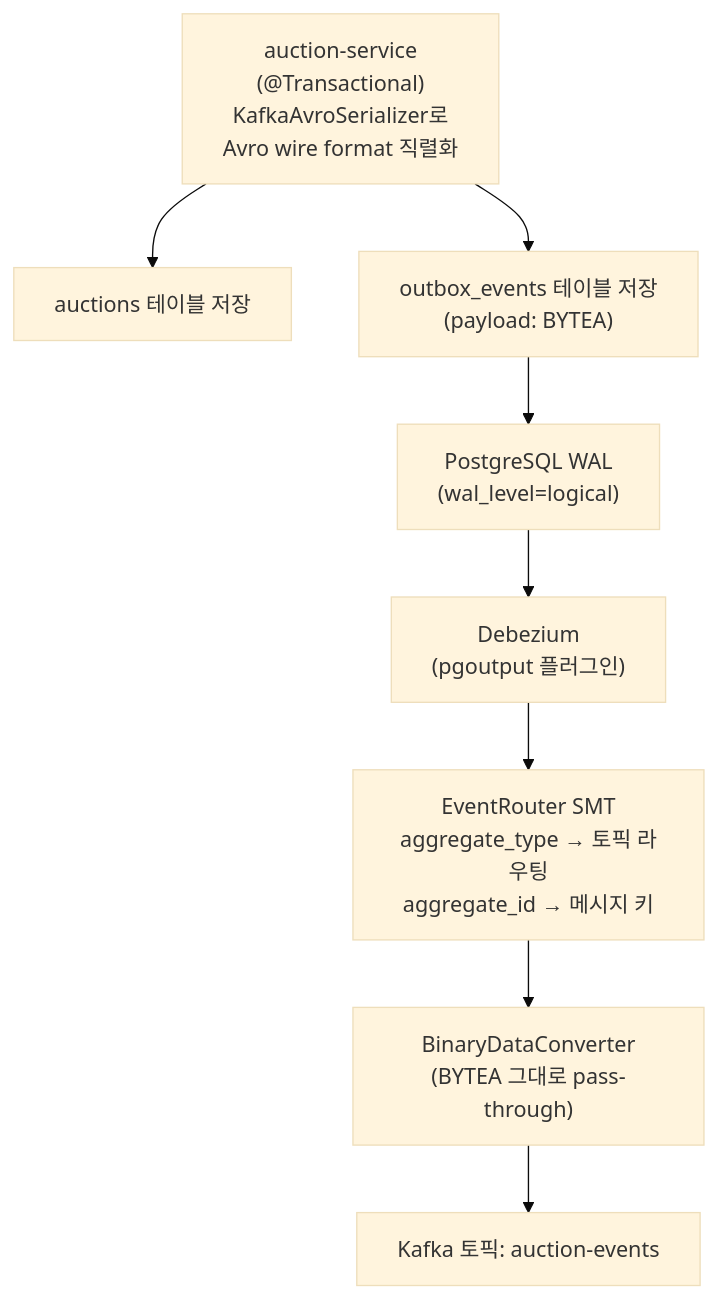
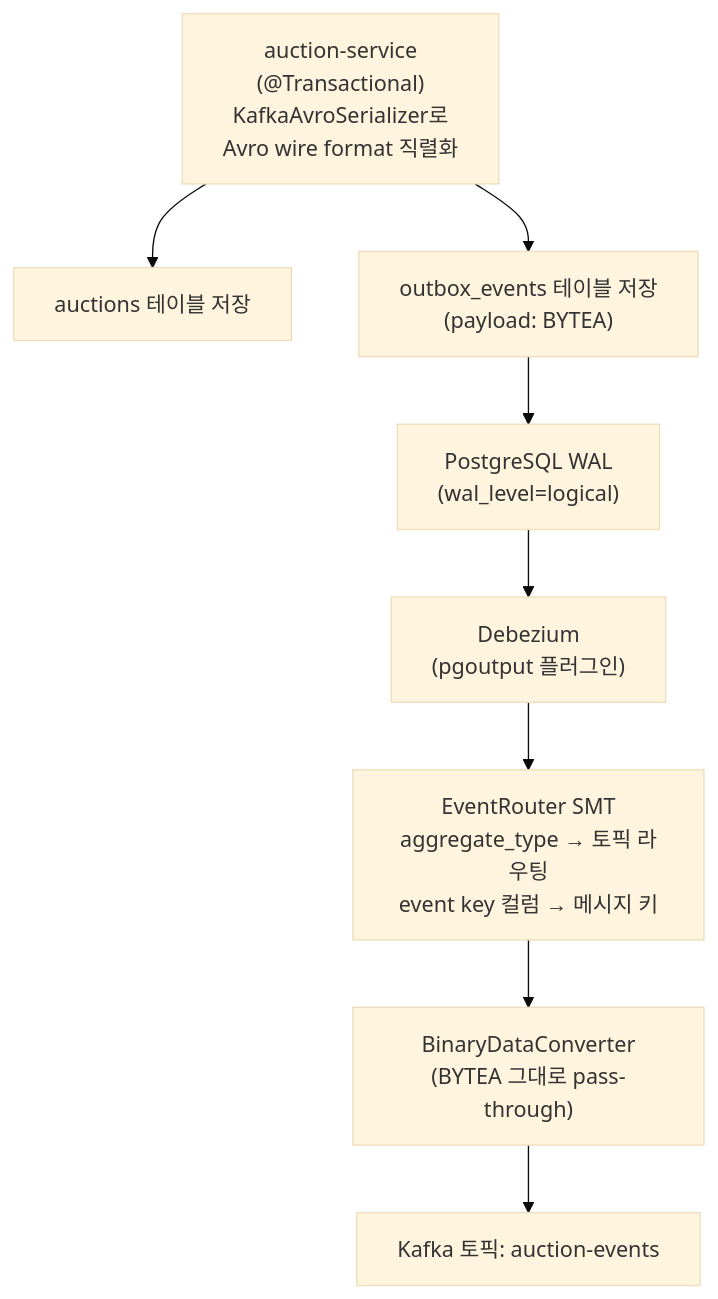
Before and after one commit to jaehoon9875/realtime-auction-service: the diagram in docs/debezium-connector.md, drawn with Mermaid (base theme). The commit also changed other lines of this file and 13 other files, not shown here.

Commit message:
fix: use auction id as bid event key

````diff
--- a/docs/debezium-connector.md
+++ b/docs/debezium-connector.md
@@ -17,19 +17,19 @@
 ```mermaid
 graph TD
     AS["auction-service<br/>(@Transactional)<br/>KafkaAvroSerializer로<br/>Avro wire format 직렬화"]
     AT["auctions 테이블 저장"]
     OT["outbox_events 테이블 저장<br/>(payload: BYTEA)"]
     WAL["PostgreSQL WAL<br/>(wal_level=logical)"]
     DEB["Debezium<br/>(pgoutput 플러그인)"]
-    SMT["EventRouter SMT<br/>aggregate_type → 토픽 라우팅<br/>aggregate_id → 메시지 키"]
+    SMT["EventRouter SMT<br/>aggregate_type → 토픽 라우팅<br/>event key 컬럼 → 메시지 키"]
     CONV["BinaryDataConverter<br/>(BYTEA 그대로 pass-through)"]
     KAFKA["Kafka 토픽: auction-events"]
 
     AS --> AT
     AS --> OT
     OT --> WAL
     WAL --> DEB
     DEB --> SMT
     SMT --> CONV
     CONV --> KAFKA
 ```
````
